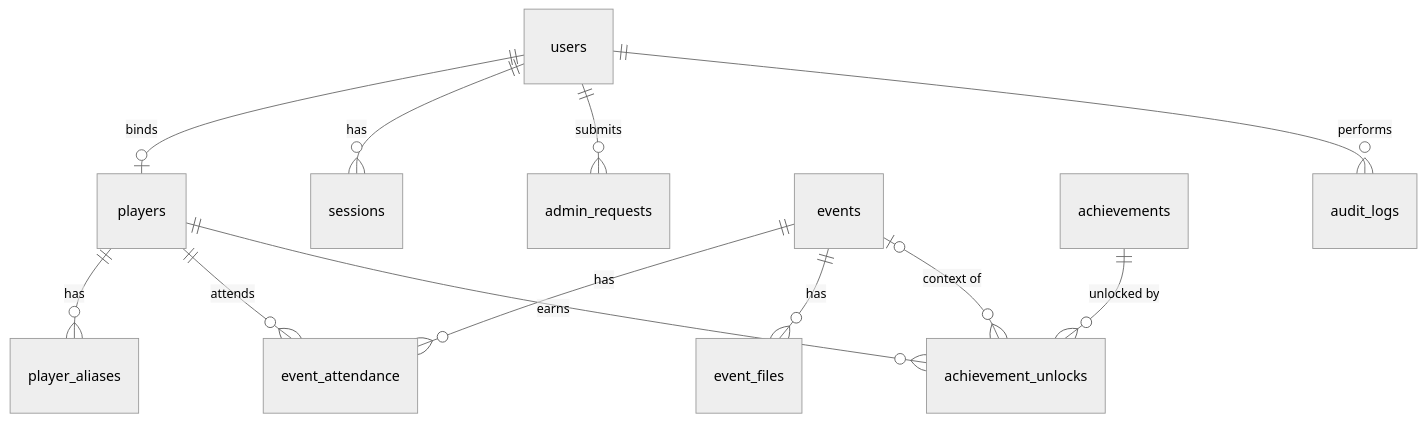
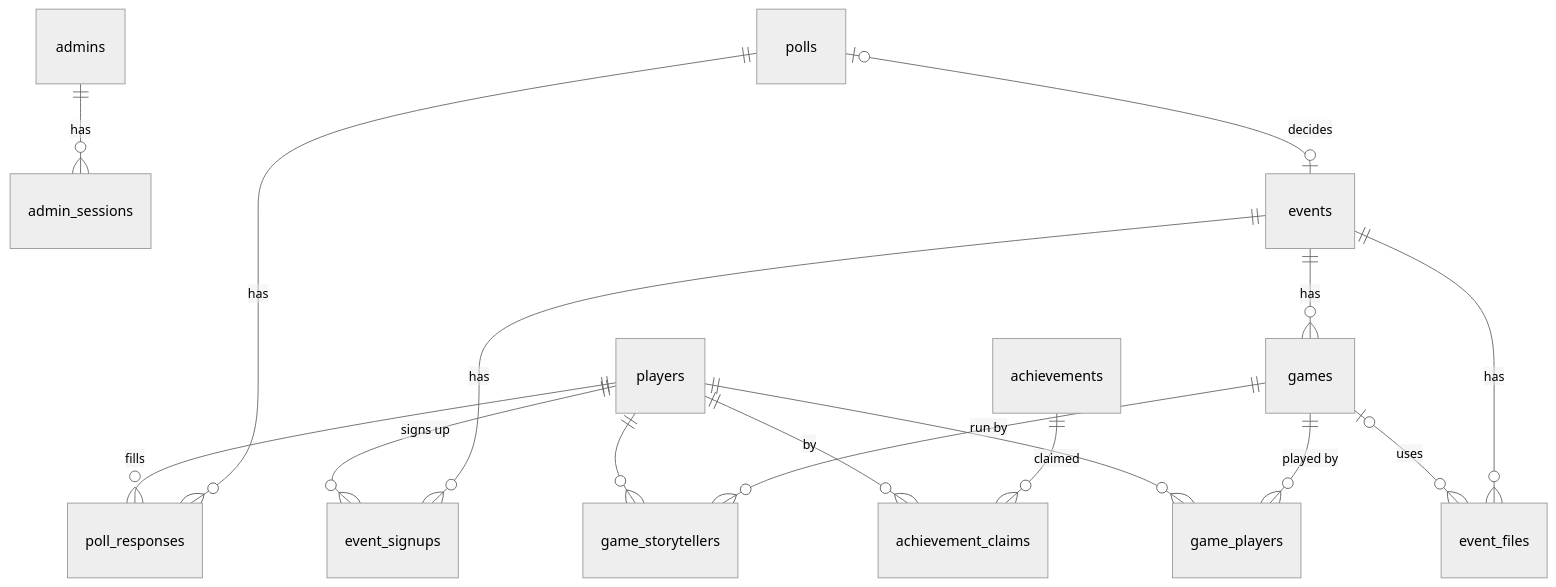
Before and after one commit to guoyumin/boc: the second of 2 diagrams in docs/architecture.md, drawn with Mermaid (neutral theme). The commit also changed other lines of this file and 16 other files, not shown here.

````diff
--- a/docs/architecture.md
+++ b/docs/architecture.md
@@ -115,14 +115,18 @@
 ```mermaid
 erDiagram
-    users ||--o| players : "binds"
-    users ||--o{ sessions : "has"
-    users ||--o{ admin_requests : "submits"
-    players ||--o{ player_aliases : "has"
-    players ||--o{ event_attendance : "attends"
-    events ||--o{ event_attendance : "has"
+    admins ||--o{ admin_sessions : "has"
+    polls ||--o{ poll_responses : "has"
+    players ||--o{ poll_responses : "fills"
+    polls o|--o| events : "decides"
+    events ||--o{ event_signups : "has"
+    players ||--o{ event_signups : "signs up"
+    events ||--o{ games : "has"
+    games ||--o{ game_storytellers : "run by"
+    games ||--o{ game_players : "played by"
+    players ||--o{ game_storytellers : ""
+    players ||--o{ game_players : ""
     events ||--o{ event_files : "has"
-    achievements ||--o{ achievement_unlocks : "unlocked by"
-    players ||--o{ achievement_unlocks : "earns"
-    events o|--o{ achievement_unlocks : "context of"
-    users ||--o{ audit_logs : "performs"
+    games o|--o{ event_files : "uses"
+    achievements ||--o{ achievement_claims : "claimed"
+    players ||--o{ achievement_claims : "by"
 ```
````
